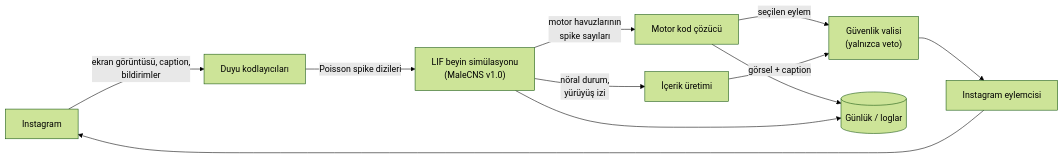
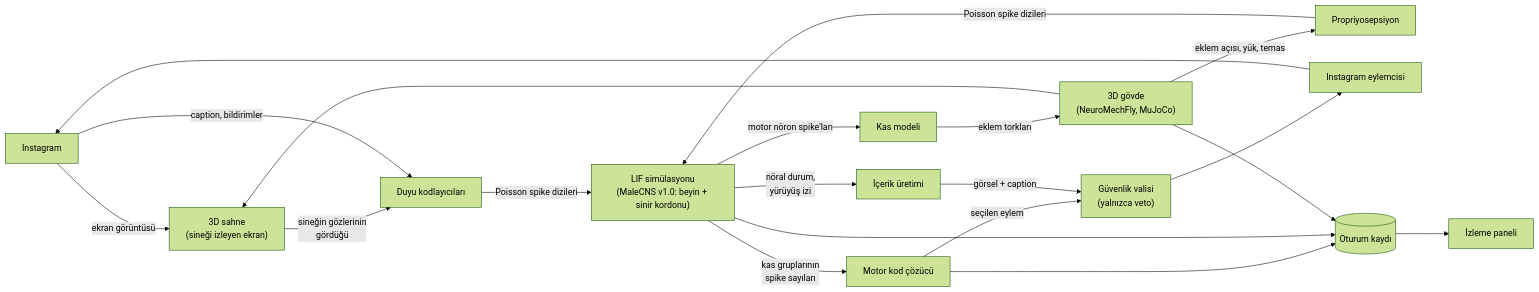
Before and after one commit to armangokalp/flybrain: the diagram in docs/02-mimari.md, drawn with Mermaid (forest theme). The commit also changed other lines of this file and 12 other files, not shown here.

````diff
--- a/docs/02-mimari.md
+++ b/docs/02-mimari.md
@@ -7,13 +7,22 @@
 ```mermaid
 flowchart LR
-    IG[Instagram] -->|ekran görüntüsü, caption,<br/>bildirimler| ENC[Duyu kodlayıcıları]
-    ENC -->|Poisson spike dizileri| BRAIN["LIF beyin simülasyonu<br/>(MaleCNS v1.0)"]
-    BRAIN -->|motor havuzlarının<br/>spike sayıları| DEC[Motor kod çözücü]
+    IG[Instagram] -->|ekran görüntüsü| SCENE["3D sahne<br/>(sineği izleyen ekran)"]
+    SCENE -->|sineğin gözlerinin<br/>gördüğü| ENC[Duyu kodlayıcıları]
+    IG -->|caption, bildirimler| ENC
+    ENC -->|Poisson spike dizileri| BRAIN["LIF simülasyonu<br/>(MaleCNS v1.0: beyin + sinir kordonu)"]
+    BRAIN -->|motor nöron spike'ları| MUS[Kas modeli]
+    MUS -->|eklem torkları| BODY["3D gövde<br/>(NeuroMechFly, MuJoCo)"]
+    BODY -->|eklem açısı, yük, temas| PROP[Propriyosepsiyon]
+    PROP -->|Poisson spike dizileri| BRAIN
+    BODY --> SCENE
+    BRAIN -->|kas gruplarının<br/>spike sayıları| DEC[Motor kod çözücü]
     DEC -->|seçilen eylem| GOV["Güvenlik valisi<br/>(yalnızca veto)"]
     GOV --> ACT[Instagram eylemcisi]
     ACT --> IG
     BRAIN -->|nöral durum,<br/>yürüyüş izi| CREATE[İçerik üretimi]
     CREATE -->|görsel + caption| GOV
-    DEC --> LOG[(Günlük / loglar)]
+    DEC --> LOG[(Oturum kaydı)]
     BRAIN --> LOG
+    BODY --> LOG
+    LOG --> VIEW[İzleme paneli]
 ```
````
